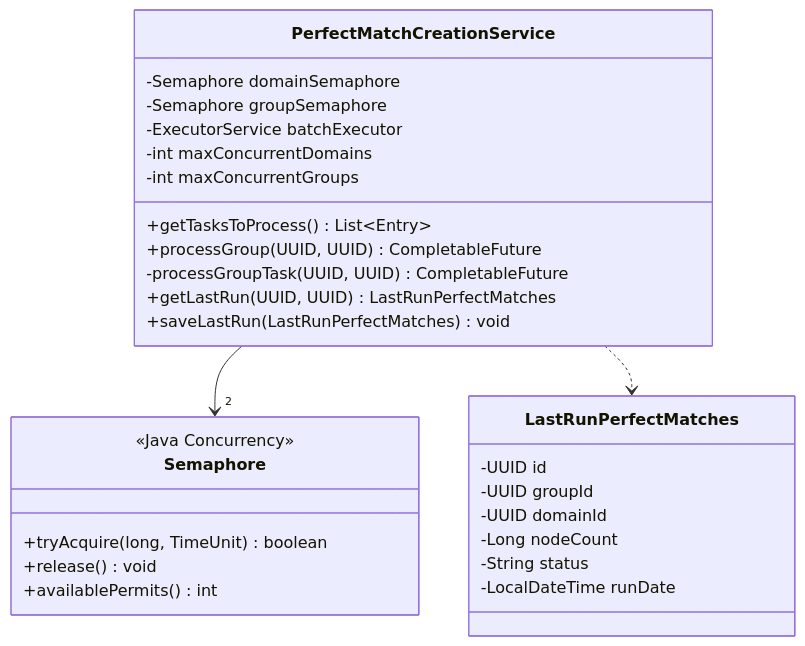
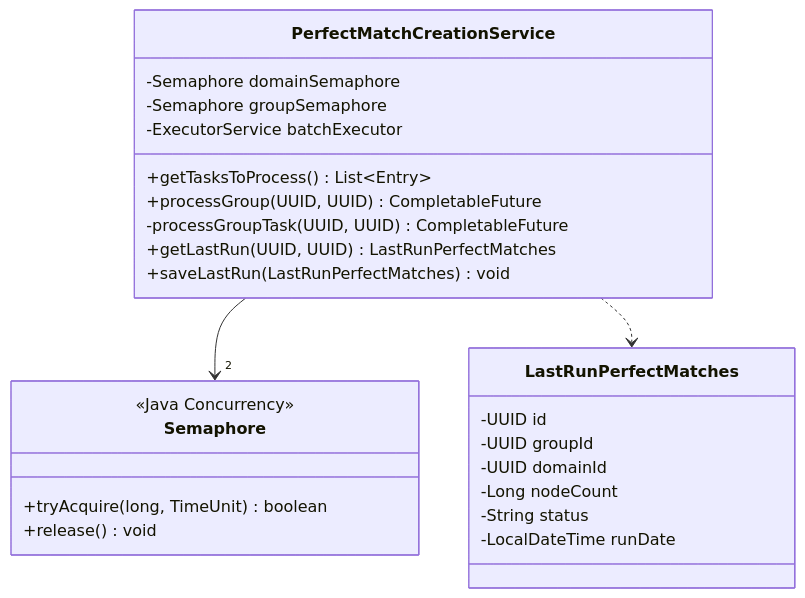
Before and after one commit to kagit00/schedule_x: the fourth of 20 diagrams in docs/Low Level Designs/ScheduledPerfectMatchesCreation.md, drawn with Mermaid. The commit also changed other lines of this file and 7 other files, not shown here.

````diff
--- a/docs/Low Level Designs/ScheduledPerfectMatchesCreation.md
+++ b/docs/Low Level Designs/ScheduledPerfectMatchesCreation.md
@@ -173,34 +173,31 @@
 ```mermaid
 classDiagram
     class PerfectMatchCreationService {
         -Semaphore domainSemaphore
         -Semaphore groupSemaphore
         -ExecutorService batchExecutor
-        -int maxConcurrentDomains
-        -int maxConcurrentGroups
         +getTasksToProcess() List~Entry~
         +processGroup(UUID, UUID) CompletableFuture
         -processGroupTask(UUID, UUID) CompletableFuture
         +getLastRun(UUID, UUID) LastRunPerfectMatches
         +saveLastRun(LastRunPerfectMatches) void
     }
     
     class Semaphore {
         <<Java Concurrency>>
         +tryAcquire(long, TimeUnit) boolean
         +release() void
-        +availablePermits() int
     }
     
     class LastRunPerfectMatches {
         -UUID id
         -UUID groupId
         -UUID domainId
         -Long nodeCount
         -String status
         -LocalDateTime runDate
     }
     
     PerfectMatchCreationService --> "2" Semaphore
     PerfectMatchCreationService ..> LastRunPerfectMatches
 ```
````
